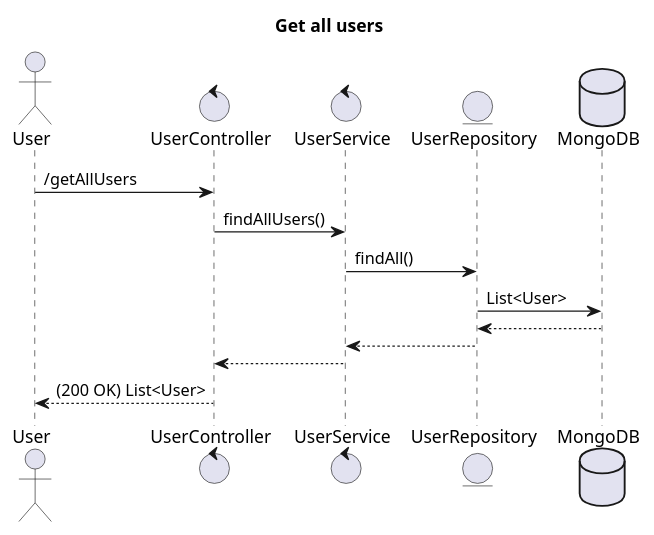
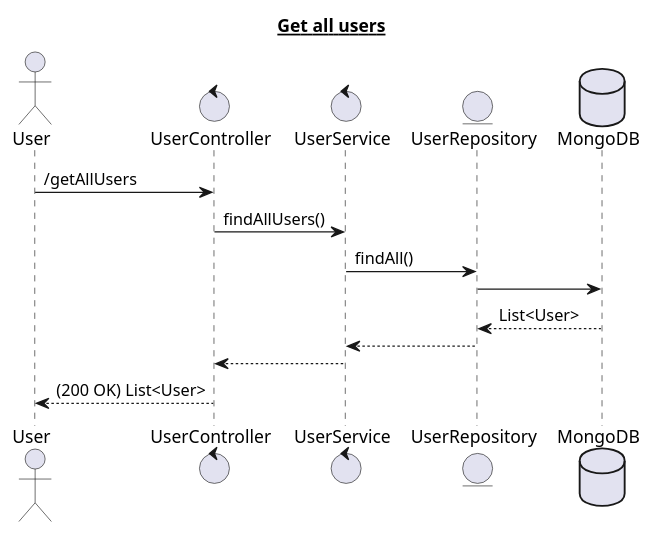
One commit to Akash-k-hub/ParkingLot changed the diagram in flows/user/getAllUsers.puml. Above: the diagram before and after it, drawn with PlantUML. The commit also changed 19 other files, not shown here.

```diff
--- a/flows/user/getAllUsers.puml
+++ b/flows/user/getAllUsers.puml
@@ -1,19 +1,19 @@
 @startuml
-title "Get all users"
+title <U> Get all users
 
 actor User
 control "UserController" as Controller
 control "UserService" as Service
 entity UserRepository as Dao
 database MongoDB as DB
 
 User -> Controller : /getAllUsers
 Controller -> Service : findAllUsers()
 Service -> Dao : findAll()
-Dao -> DB : List<User>
-DB --> Dao
+Dao -> DB
+DB --> Dao : List<User>
 Dao --> Service
 Service --> Controller
 Controller --> User : (200 OK) List<User>
 
 @enduml
```
